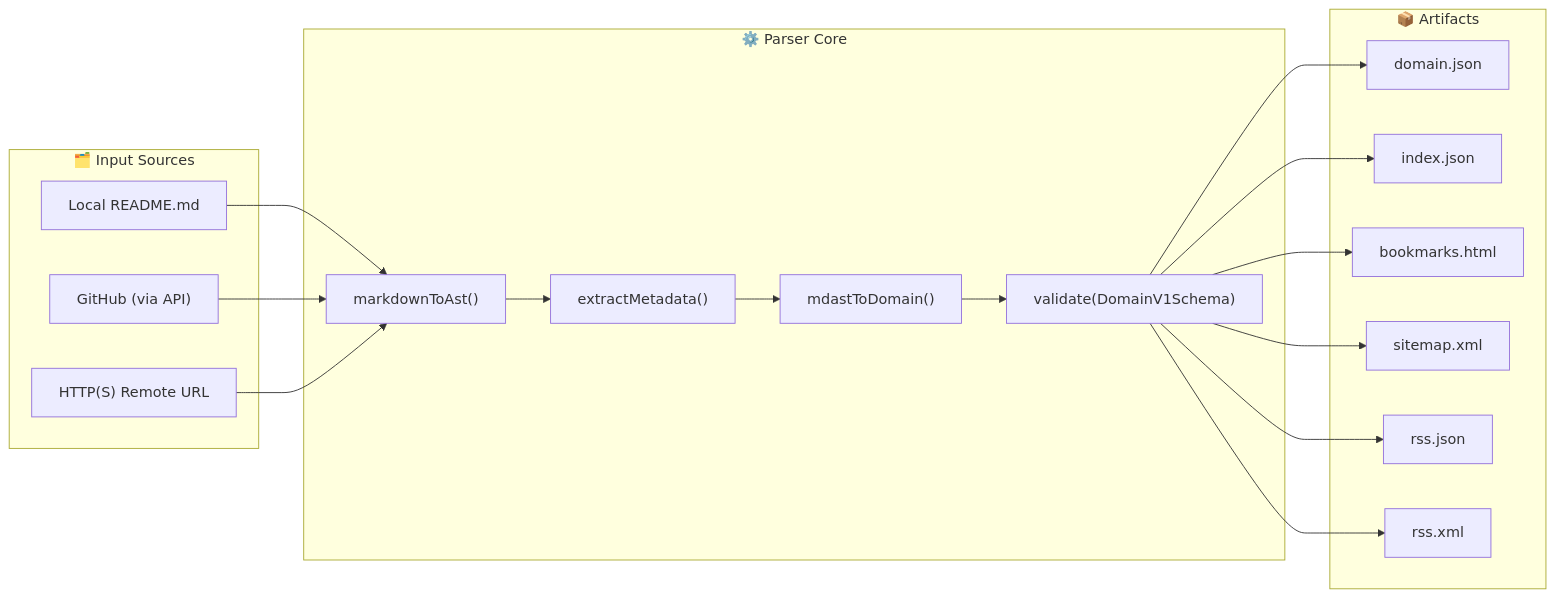
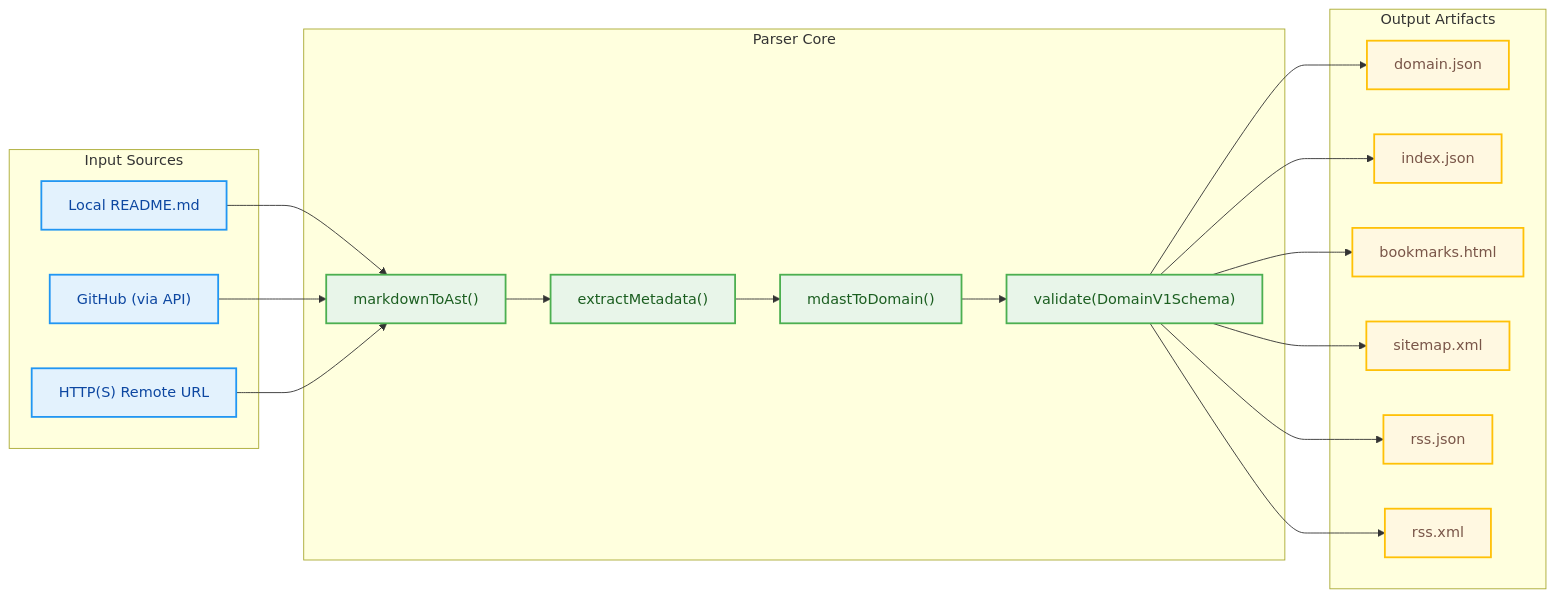
Before and after one commit to awesome-pages/parser: the diagram in README.md, drawn with Mermaid.

````diff
--- a/README.md
+++ b/README.md
@@ -34,26 +34,37 @@
 ```mermaid
 flowchart LR
-    subgraph Input["🗂️ Input Sources"]
+    %% === NODES ===
+    subgraph Input["Input Sources"]
         A1["Local README.md"]
         A2["GitHub (via API)"]
         A3["HTTP(S) Remote URL"]
     end
 
-    subgraph Core["⚙️ Parser Core"]
-        B1["markdownToAst()"];
-        B2["extractMetadata()"];
-        B3["mdastToDomain()"];
-        B4["validate(DomainV1Schema)"];
+    subgraph Core["Parser Core"]
+        B1["markdownToAst()"]
+        B2["extractMetadata()"]
+        B3["mdastToDomain()"]
+        B4["validate(DomainV1Schema)"]
     end
 
-    subgraph Outputs["📦 Artifacts"]
+    subgraph Outputs["Output Artifacts"]
         C1["domain.json"]
         C2["index.json"]
         C3["bookmarks.html"]
         C4["sitemap.xml"]
         C5["rss.json"]
         C6["rss.xml"]
     end
 
+    %% === FLOW ===
     A1 & A2 & A3 --> B1 --> B2 --> B3 --> B4 --> C1 & C2 & C3 & C4 & C5 & C6
+
+    %% === STYLING ===
+    classDef input fill:#E3F2FD,stroke:#2196F3,stroke-width:2px,color:#0D47A1;
+    classDef core fill:#E8F5E9,stroke:#4CAF50,stroke-width:2px,color:#1B5E20;
+    classDef output fill:#FFF8E1,stroke:#FFC107,stroke-width:2px,color:#795548;
+
+    class A1,A2,A3 input;
+    class B1,B2,B3,B4 core;
+    class C1,C2,C3,C4,C5,C6 output;
 ```
````
